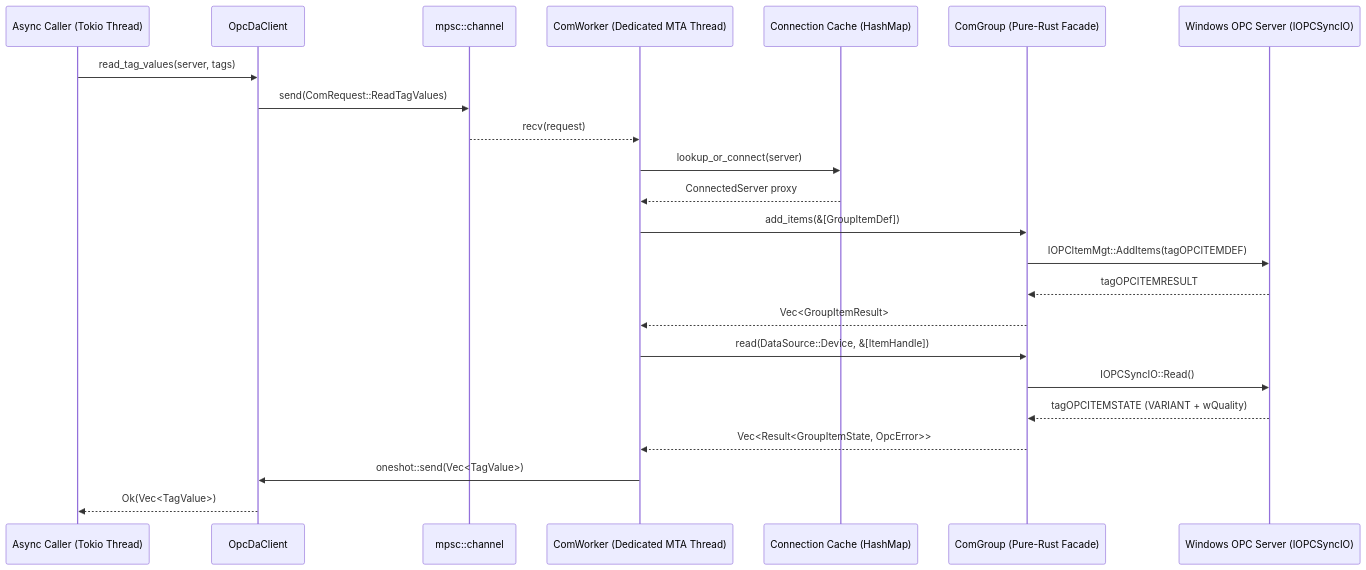
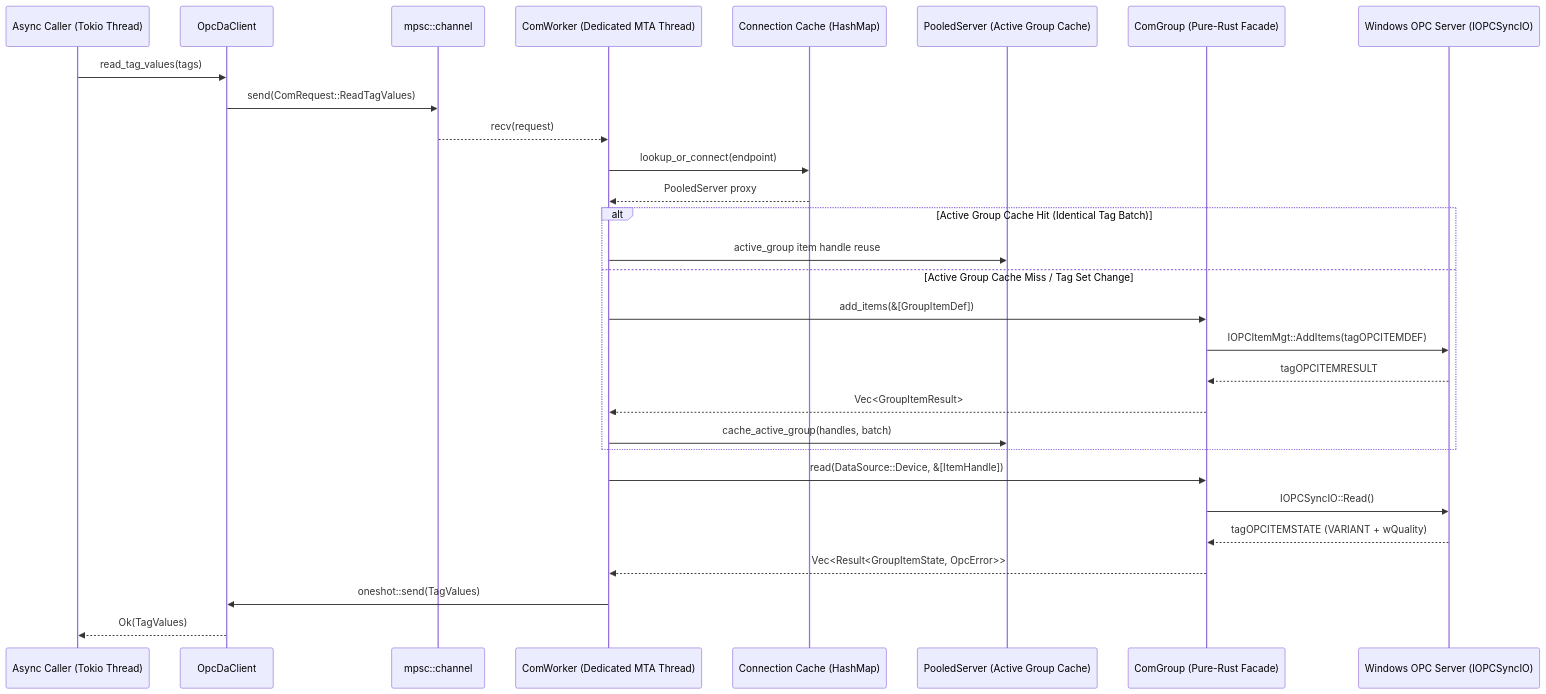
Before and after one commit to wends155/opc-cli: the second of 3 diagrams in opc-da-client/architecture.md, drawn with Mermaid. The commit also changed other lines of this file and 17 other files, not shown here.

Commit message:
refactor: decouple com security, standardize rustdoc, and align architecture specs

````diff
--- a/opc-da-client/architecture.md
+++ b/opc-da-client/architecture.md
@@ -441,26 +459,34 @@
 ```mermaid
 sequenceDiagram
     participant AsyncCaller as Async Caller (Tokio Thread)
     participant Client as OpcDaClient
     participant Channel as mpsc::channel
     participant Worker as ComWorker (Dedicated MTA Thread)
     participant ServerCache as Connection Cache (HashMap)
+    participant PooledServer as PooledServer (Active Group Cache)
     participant ComGroup as ComGroup (Pure-Rust Facade)
     participant Win32 as Windows OPC Server (IOPCSyncIO)
 
-    AsyncCaller->>Client: read_tag_values(server, tags)
+    AsyncCaller->>Client: read_tag_values(tags)
     Client->>Channel: send(ComRequest::ReadTagValues)
     Channel-->>Worker: recv(request)
-    Worker->>ServerCache: lookup_or_connect(server)
-    ServerCache-->>Worker: ConnectedServer proxy
-    Worker->>ComGroup: add_items(&[GroupItemDef])
-    ComGroup->>Win32: IOPCItemMgt::AddItems(tagOPCITEMDEF)
-    Win32-->>ComGroup: tagOPCITEMRESULT
-    ComGroup-->>Worker: Vec<GroupItemResult>
+    Worker->>ServerCache: lookup_or_connect(endpoint)
+    ServerCache-->>Worker: PooledServer proxy
+    
+    alt Active Group Cache Hit (Identical Tag Batch)
+        Worker->>PooledServer: active_group item handle reuse
+    else Active Group Cache Miss / Tag Set Change
+        Worker->>ComGroup: add_items(&[GroupItemDef])
+        ComGroup->>Win32: IOPCItemMgt::AddItems(tagOPCITEMDEF)
+        Win32-->>ComGroup: tagOPCITEMRESULT
+        ComGroup-->>Worker: Vec<GroupItemResult>
+        Worker->>PooledServer: cache_active_group(handles, batch)
+    end
+
     Worker->>ComGroup: read(DataSource::Device, &[ItemHandle])
     ComGroup->>Win32: IOPCSyncIO::Read()
     Win32-->>ComGroup: tagOPCITEMSTATE (VARIANT + wQuality)
     ComGroup-->>Worker: Vec<Result<GroupItemState, OpcError>>
-    Worker->>Client: oneshot::send(Vec<TagValue>)
-    Client-->>AsyncCaller: Ok(Vec<TagValue>)
+    Worker->>Client: oneshot::send(TagValues)
+    Client-->>AsyncCaller: Ok(TagValues)
 ```
````
